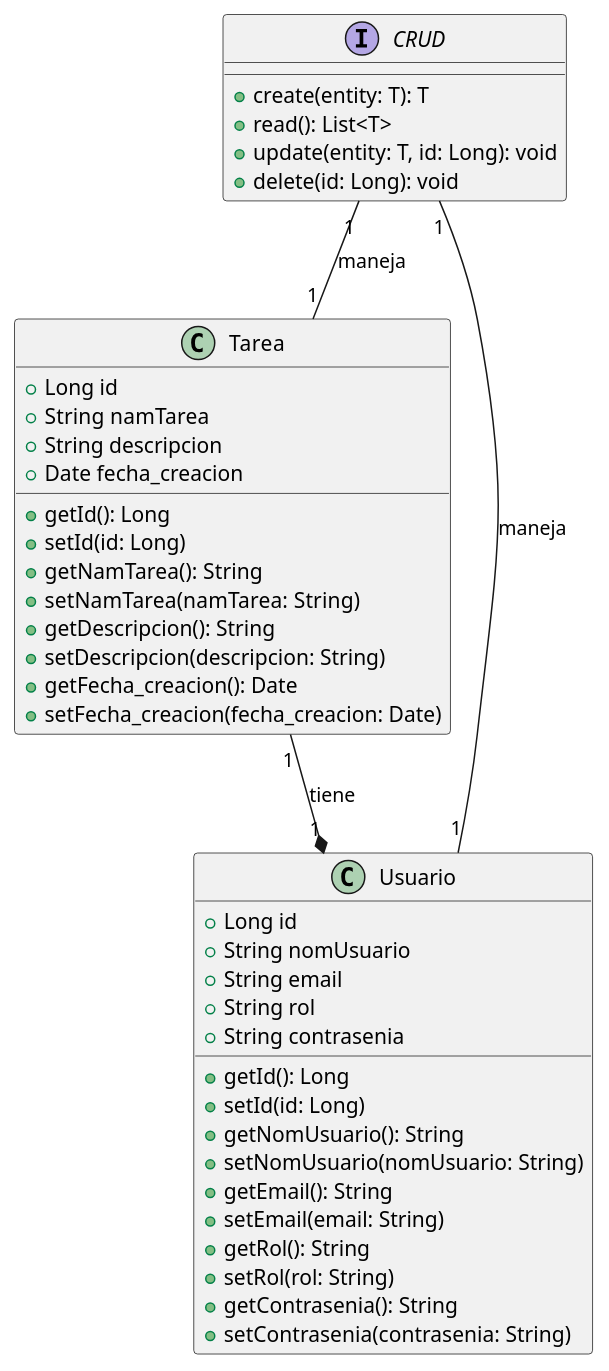
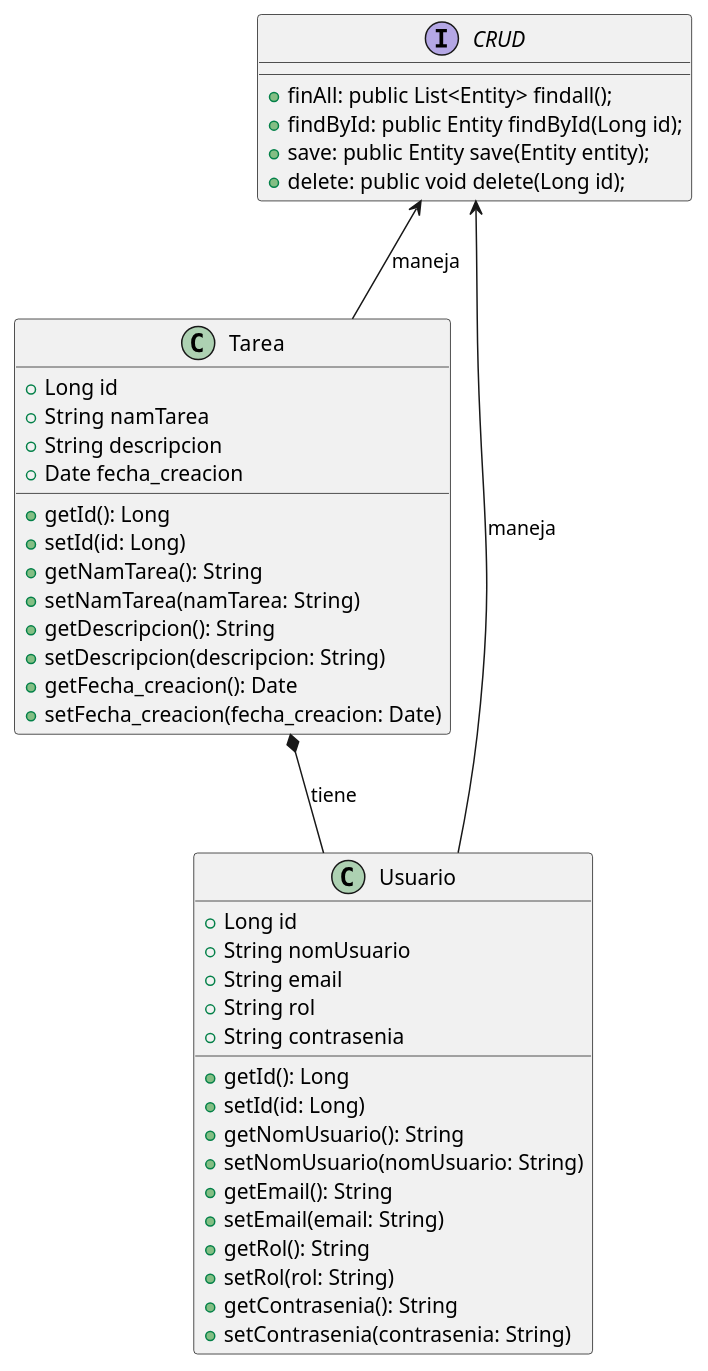
Before and after one commit to Oscarsl10/proyecto-analisis-sistemas-2024-b-g2: the diagram in diagramas/diagrama-clase/diagrama-clase.wsd, drawn with PlantUML. The commit also changed 1 other file, not shown here.

```diff
--- a/diagramas/diagrama-clase/diagrama-clase.wsd
+++ b/diagramas/diagrama-clase/diagrama-clase.wsd
@@ -1,46 +1,47 @@
 @startuml
+
+interface CRUD {
+    + finAll: public List<Entity> findall();
+    + findById: public Entity findById(Long id);
+    + save: public Entity save(Entity entity);
+    + delete: public void delete(Long id);
+}
+
 class Tarea {
     +Long id
     +String namTarea
     +String descripcion
     +Date fecha_creacion
     +getId(): Long
     +setId(id: Long)
     +getNamTarea(): String
     +setNamTarea(namTarea: String)
     +getDescripcion(): String
     +setDescripcion(descripcion: String)
     +getFecha_creacion(): Date
     +setFecha_creacion(fecha_creacion: Date)
 }
 
 class Usuario {
     +Long id
     +String nomUsuario
     +String email
     +String rol
     +String contrasenia
     +getId(): Long
     +setId(id: Long)
     +getNomUsuario(): String
     +setNomUsuario(nomUsuario: String)
     +getEmail(): String
     +setEmail(email: String)
     +getRol(): String
     +setRol(rol: String)
     +getContrasenia(): String
     +setContrasenia(contrasenia: String)
 }
 
-interface CRUD {
-    +create(entity: T): T
-    +read(): List<T>
-    +update(entity: T, id: Long): void
-    +delete(id: Long): void
-}
-
-Tarea "1" --* "1" Usuario : tiene
-CRUD "1" -- "1" Tarea : maneja
-CRUD "1" -- "1" Usuario : maneja
+Tarea *-- Usuario : tiene
+CRUD  <--  Tarea : maneja
+CRUD  <-- Usuario : maneja
 
 @enduml
```
